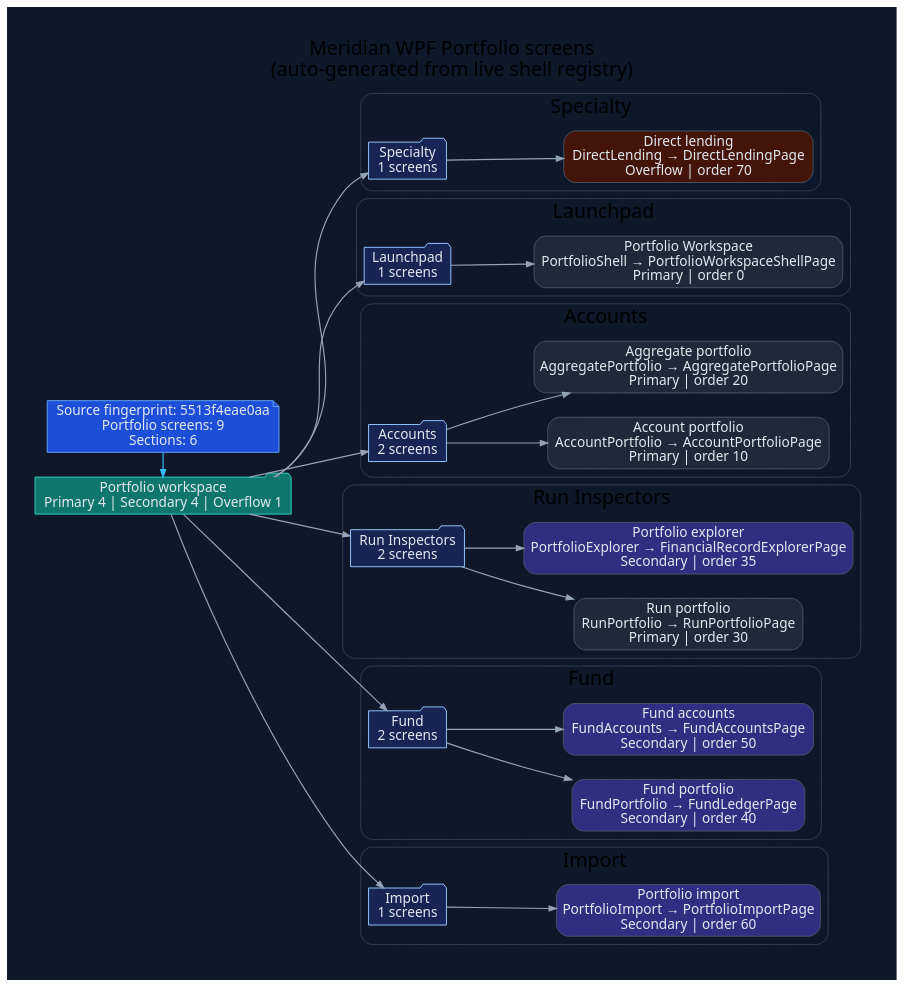
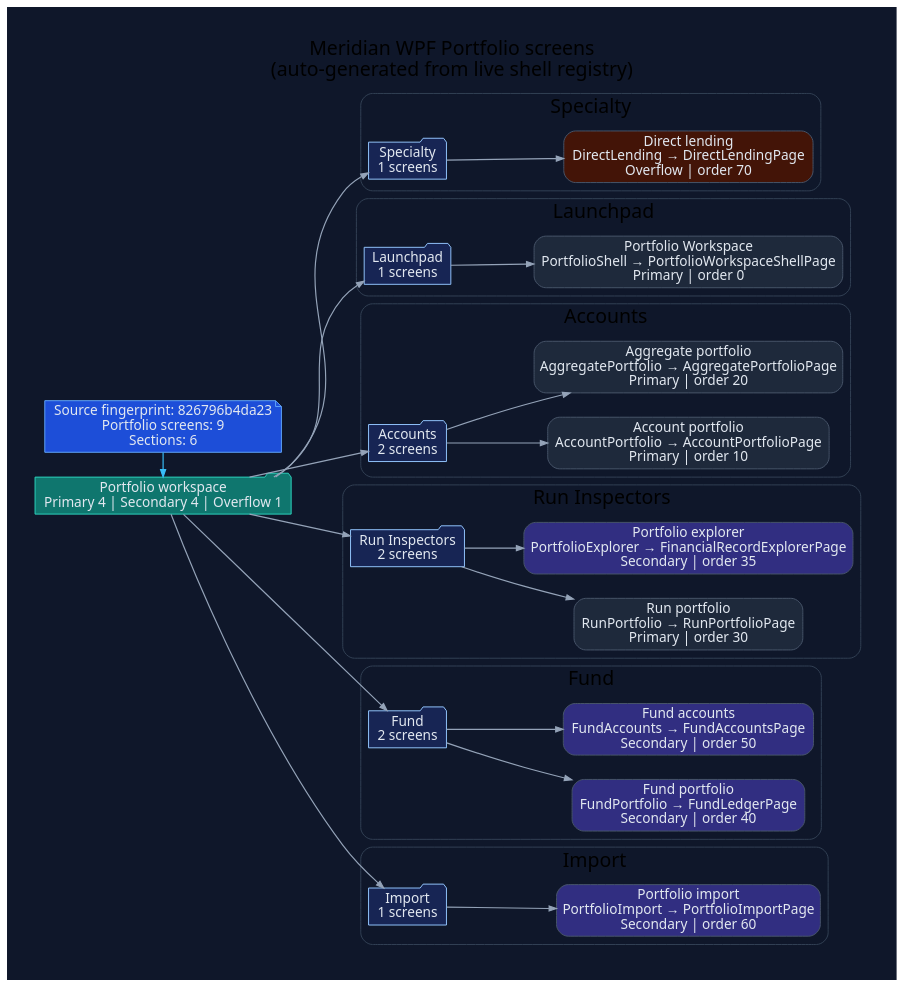
One commit to rodoHasArrived/Meridian-main changed the diagram in docs/diagrams/ui-wpf-screens-portfolio.dot. Above: the diagram before and after it, drawn with Graphviz. The commit also changed 54 other files, not shown here.

```diff
--- a/docs/diagrams/ui-wpf-screens-portfolio.dot
+++ b/docs/diagrams/ui-wpf-screens-portfolio.dot
@@ -1,92 +1,92 @@
 // -----------------------------------------------------------------------------
 // <auto-generated>
 // Generated by scripts/generate-diagrams.mjs.
 // Do not edit this file directly; update the WPF source files instead.
 // -----------------------------------------------------------------------------
 digraph WpfPortfolioScreens {
   graph [
     rankdir=LR,
     labelloc=t,
     label="Meridian WPF Portfolio screens\n(auto-generated from live shell registry)",
     fontname="Segoe UI",
     fontsize=20,
     pad=0.4,
     nodesep=0.35,
     ranksep=0.85,
     bgcolor="#0f172a"
   ];
   node [fontname="Segoe UI", shape=box, style="rounded,filled", color="#475569", fontcolor="#e2e8f0", fillcolor="#1e293b"];
   edge [fontname="Segoe UI", color="#94a3b8", penwidth=1.2, arrowsize=0.75];
 
-  generated [shape=note, fillcolor="#1d4ed8", color="#60a5fa", label="Source fingerprint: 5513f4eae0aa\nPortfolio screens: 9\nSections: 6"];
+  generated [shape=note, fillcolor="#1d4ed8", color="#60a5fa", label="Source fingerprint: 826796b4da23\nPortfolio screens: 9\nSections: 6"];
   workspace [shape=folder, fillcolor="#0f766e", color="#2dd4bf", label="Portfolio workspace\nPrimary 4 | Secondary 4 | Overflow 1"];
   generated -> workspace [color="#38bdf8"];
 
   subgraph cluster_section_1 {
     label="Specialty";
     color="#334155";
     style="rounded";
     section_1 [shape=folder, fillcolor="#172554", color="#93c5fd", label="Specialty\n1 screens"];
     workspace -> section_1;
     screen_DirectLending [fillcolor="#431407", label="Direct lending\nDirectLending → DirectLendingPage\nOverflow | order 70"];
     section_1 -> screen_DirectLending;
   }
 
   subgraph cluster_section_2 {
     label="Launchpad";
     color="#334155";
     style="rounded";
     section_2 [shape=folder, fillcolor="#172554", color="#93c5fd", label="Launchpad\n1 screens"];
     workspace -> section_2;
     screen_PortfolioShell [fillcolor="#1e293b", label="Portfolio Workspace\nPortfolioShell → PortfolioWorkspaceShellPage\nPrimary | order 0"];
     section_2 -> screen_PortfolioShell;
   }
 
   subgraph cluster_section_3 {
     label="Accounts";
     color="#334155";
     style="rounded";
     section_3 [shape=folder, fillcolor="#172554", color="#93c5fd", label="Accounts\n2 screens"];
     workspace -> section_3;
     screen_AccountPortfolio [fillcolor="#1e293b", label="Account portfolio\nAccountPortfolio → AccountPortfolioPage\nPrimary | order 10"];
     section_3 -> screen_AccountPortfolio;
     screen_AggregatePortfolio [fillcolor="#1e293b", label="Aggregate portfolio\nAggregatePortfolio → AggregatePortfolioPage\nPrimary | order 20"];
     section_3 -> screen_AggregatePortfolio;
   }
 
   subgraph cluster_section_4 {
     label="Run Inspectors";
     color="#334155";
     style="rounded";
     section_4 [shape=folder, fillcolor="#172554", color="#93c5fd", label="Run Inspectors\n2 screens"];
     workspace -> section_4;
     screen_RunPortfolio [fillcolor="#1e293b", label="Run portfolio\nRunPortfolio → RunPortfolioPage\nPrimary | order 30"];
     section_4 -> screen_RunPortfolio;
     screen_PortfolioExplorer [fillcolor="#312e81", label="Portfolio explorer\nPortfolioExplorer → FinancialRecordExplorerPage\nSecondary | order 35"];
     section_4 -> screen_PortfolioExplorer;
   }
 
   subgraph cluster_section_5 {
     label="Fund";
     color="#334155";
     style="rounded";
     section_5 [shape=folder, fillcolor="#172554", color="#93c5fd", label="Fund\n2 screens"];
     workspace -> section_5;
     screen_FundPortfolio [fillcolor="#312e81", label="Fund portfolio\nFundPortfolio → FundLedgerPage\nSecondary | order 40"];
     section_5 -> screen_FundPortfolio;
     screen_FundAccounts [fillcolor="#312e81", label="Fund accounts\nFundAccounts → FundAccountsPage\nSecondary | order 50"];
     section_5 -> screen_FundAccounts;
   }
 
   subgraph cluster_section_6 {
     label="Import";
     color="#334155";
     style="rounded";
     section_6 [shape=folder, fillcolor="#172554", color="#93c5fd", label="Import\n1 screens"];
     workspace -> section_6;
     screen_PortfolioImport [fillcolor="#312e81", label="Portfolio import\nPortfolioImport → PortfolioImportPage\nSecondary | order 60"];
     section_6 -> screen_PortfolioImport;
   }
 
   { rank=min; generated; workspace; }
 }
```
